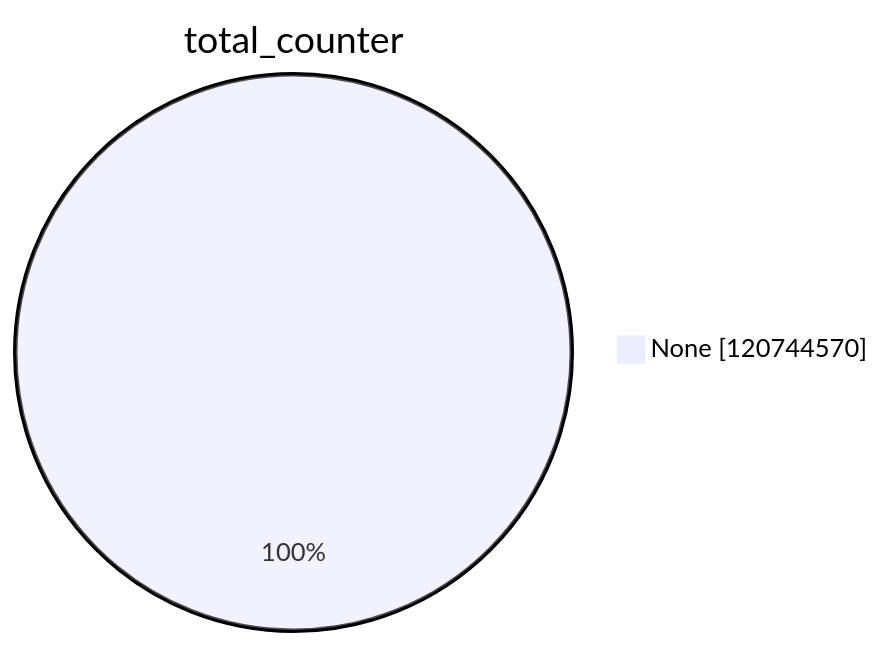
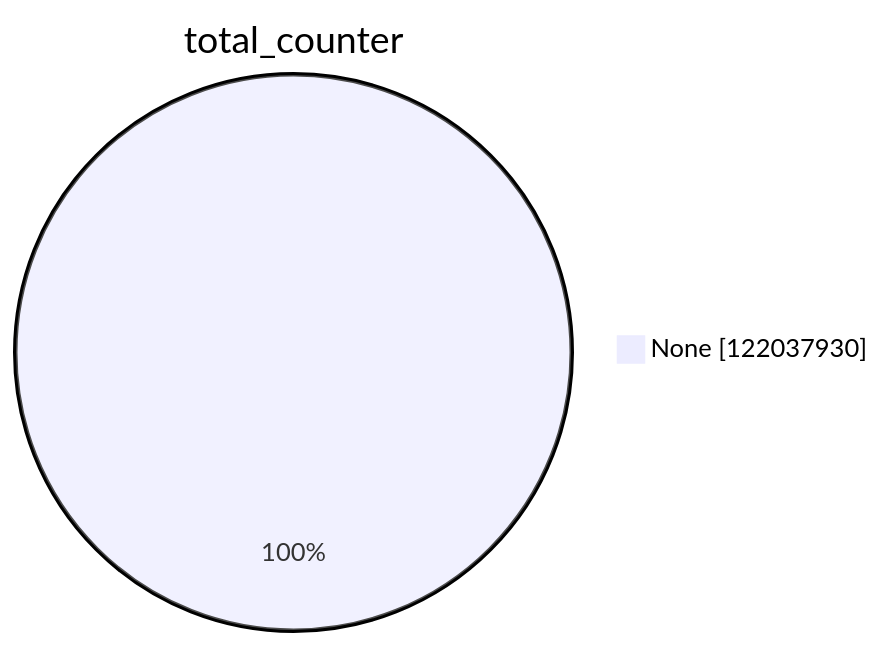
One commit to christiankrug/ctmonitor_visualization changed the first of 15 diagrams in xenon2023/README.md. Above: the diagram before and after it, drawn with Mermaid. The commit also changed other lines of this file, not shown here.

````diff
--- a/xenon2023/README.md
+++ b/xenon2023/README.md
@@ -1,5 +1,5 @@
 ```mermaid
 pie showData
 title total_counter
-"None" :120744570
+"None" :122037930
 ```
````
